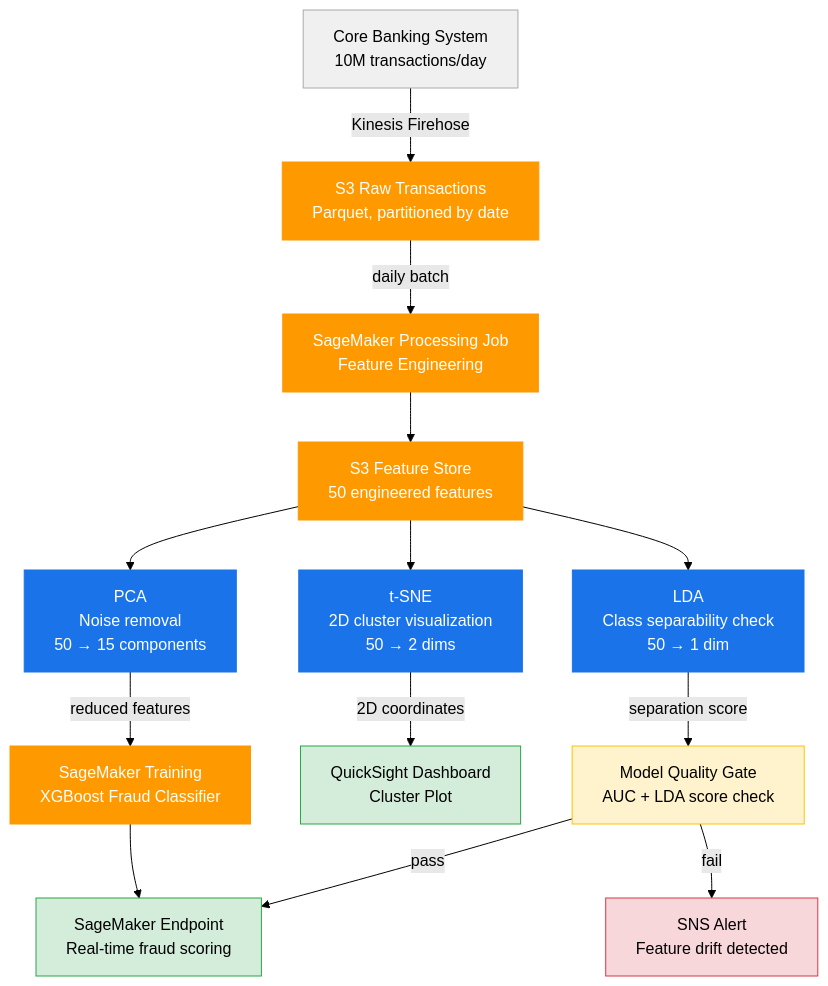
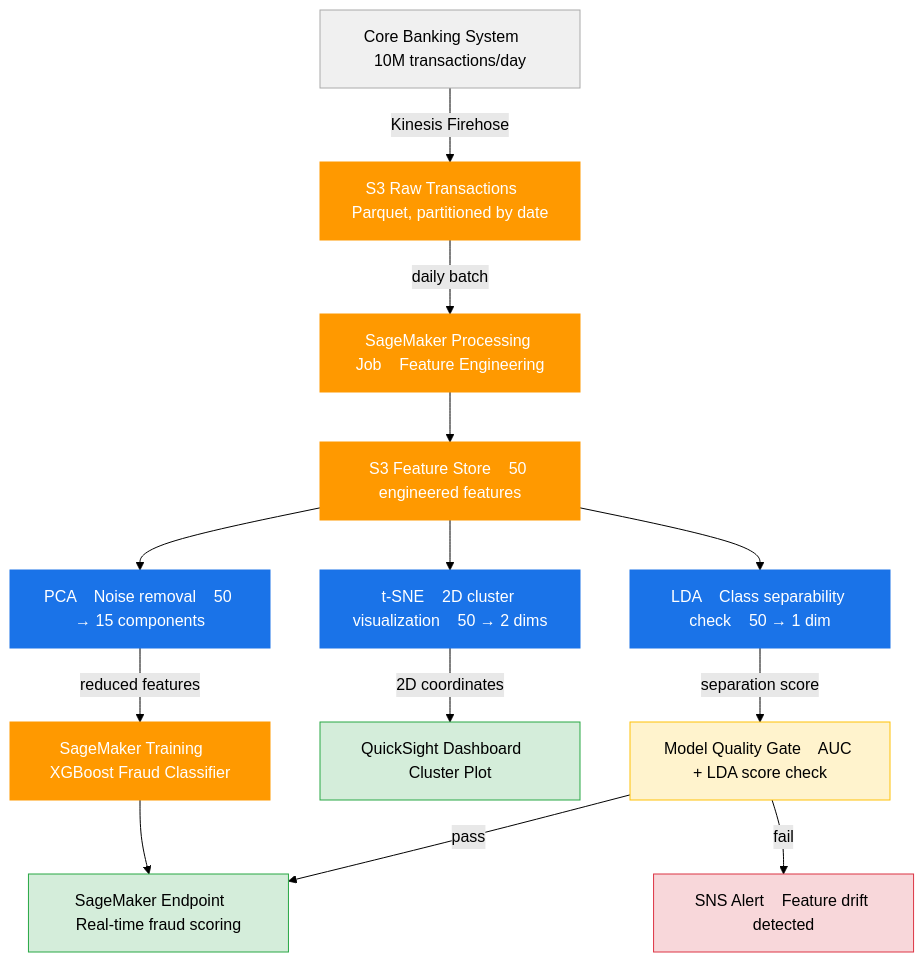
Before and after one commit to shahbazaamir/learn: the first of 3 diagrams in python3/pocs/sagemaker_fraud_detection/ARCHITECTURE.md, drawn with Mermaid (forest theme). The commit also changed other lines of this file and 56 other files, not shown here.

````diff
--- a/python3/pocs/sagemaker_fraud_detection/ARCHITECTURE.md
+++ b/python3/pocs/sagemaker_fraud_detection/ARCHITECTURE.md
@@ -26,28 +26,28 @@
 ```mermaid
 flowchart TD
-    A[Core Banking System\n10M transactions/day] -->|Kinesis Firehose| B[S3 Raw Transactions\nParquet, partitioned by date]
-    B -->|daily batch| C[SageMaker Processing Job\nFeature Engineering]
-    C --> D[S3 Feature Store\n50 engineered features]
-    D --> E1[PCA\nNoise removal\n50 → 15 components]
-    D --> E2[t-SNE\n2D cluster visualization\n50 → 2 dims]
-    D --> E3[LDA\nClass separability check\n50 → 1 dim]
-    E1 -->|reduced features| F[SageMaker Training\nXGBoost Fraud Classifier]
-    E2 -->|2D coordinates| G[QuickSight Dashboard\nCluster Plot]
-    E3 -->|separation score| H[Model Quality Gate\nAUC + LDA score check]
-    F --> I[SageMaker Endpoint\nReal-time fraud scoring]
+    A[Core Banking System    10M transactions/day] -->|Kinesis Firehose| B[S3 Raw Transactions    Parquet, partitioned by date]
+    B -->|daily batch| C[SageMaker Processing Job    Feature Engineering]
+    C --> D[S3 Feature Store    50 engineered features]
+    D --> E1[PCA    Noise removal    50 → 15 components]
+    D --> E2[t-SNE    2D cluster visualization    50 → 2 dims]
+    D --> E3[LDA    Class separability check    50 → 1 dim]
+    E1 -->|reduced features| F[SageMaker Training    XGBoost Fraud Classifier]
+    E2 -->|2D coordinates| G[QuickSight Dashboard    Cluster Plot]
+    E3 -->|separation score| H[Model Quality Gate    AUC + LDA score check]
+    F --> I[SageMaker Endpoint    Real-time fraud scoring]
     H -->|pass| I
-    H -->|fail| J[SNS Alert\nFeature drift detected]
+    H -->|fail| J[SNS Alert    Feature drift detected]
 
     style A fill:#f0f0f0,stroke:#aaa
     style B fill:#FF9900,color:#fff,stroke:#FF9900
     style C fill:#FF9900,color:#fff,stroke:#FF9900
     style D fill:#FF9900,color:#fff,stroke:#FF9900
     style E1 fill:#1a73e8,color:#fff,stroke:#1a73e8
     style E2 fill:#1a73e8,color:#fff,stroke:#1a73e8
     style E3 fill:#1a73e8,color:#fff,stroke:#1a73e8
     style F fill:#FF9900,color:#fff,stroke:#FF9900
     style G fill:#d4edda,stroke:#28a745
     style H fill:#fff3cd,stroke:#ffc107
     style I fill:#d4edda,stroke:#28a745
     style J fill:#f8d7da,stroke:#dc3545
 ```
````
